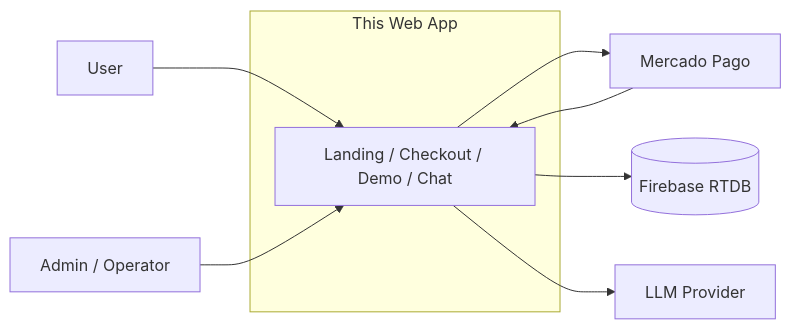
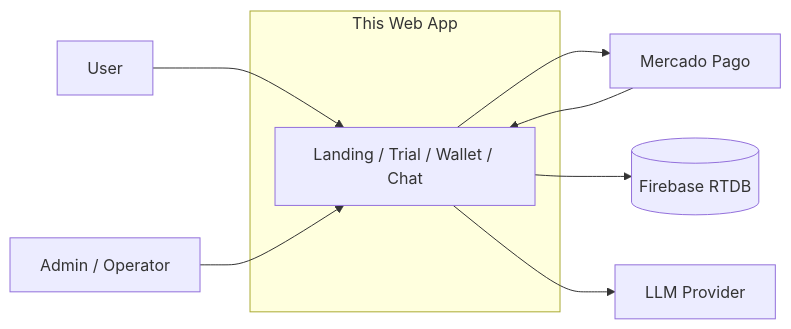
The diagram in architecture-context.mmd (miguelemosreverte/palindrome-exercise), drawn with Mermaid before and after one commit. The commit also changed 15 other files, not shown here.

Commit message:
Shift product to wallet/trial model and remove Chutes references

```diff
--- a/architecture-context.mmd
+++ b/architecture-context.mmd
@@ -1,18 +1,18 @@
 flowchart LR
     user[User]
     admin[Admin / Operator]
 
     subgraph app[This Web App]
-        landing[Landing / Checkout / Demo / Chat]
+        landing[Landing / Trial / Wallet / Chat]
     end
 
     mp[Mercado Pago]
     fb[(Firebase RTDB)]
     llm[LLM Provider]
 
     user --> landing
     admin --> landing
     landing --> mp
     mp --> landing
     landing --> fb
     landing --> llm
```
